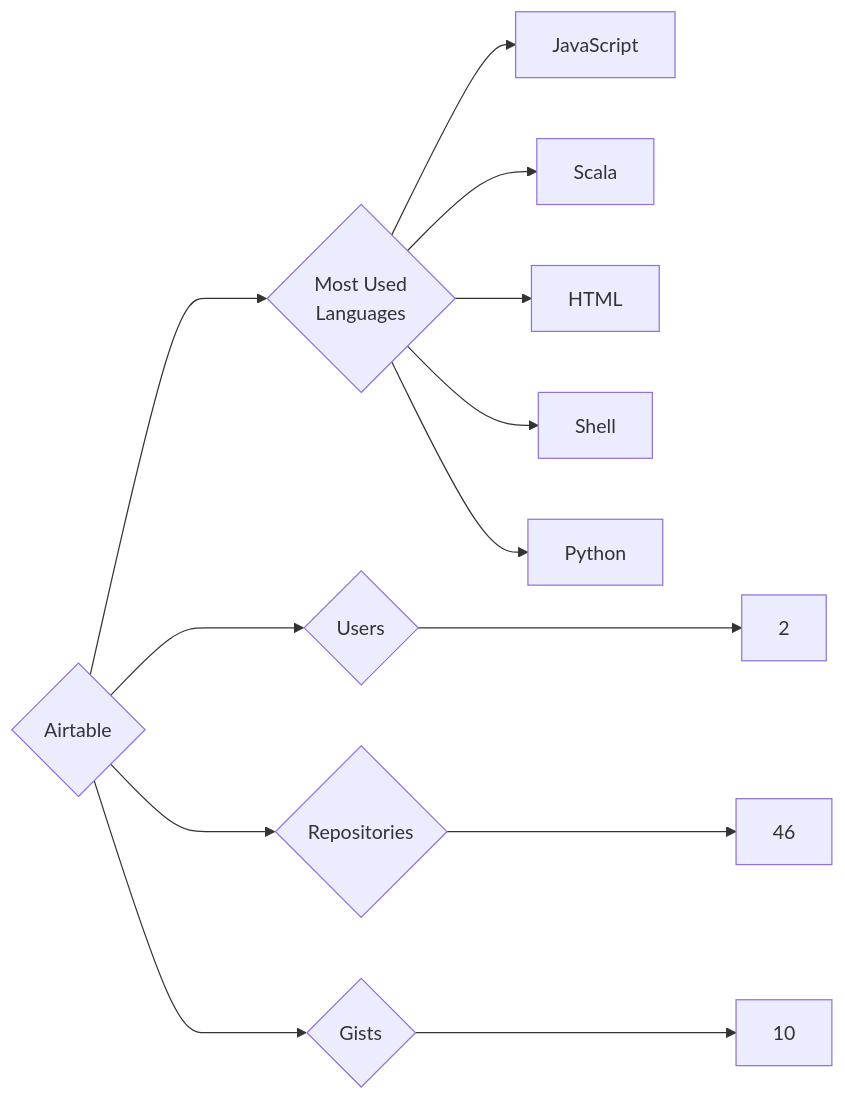
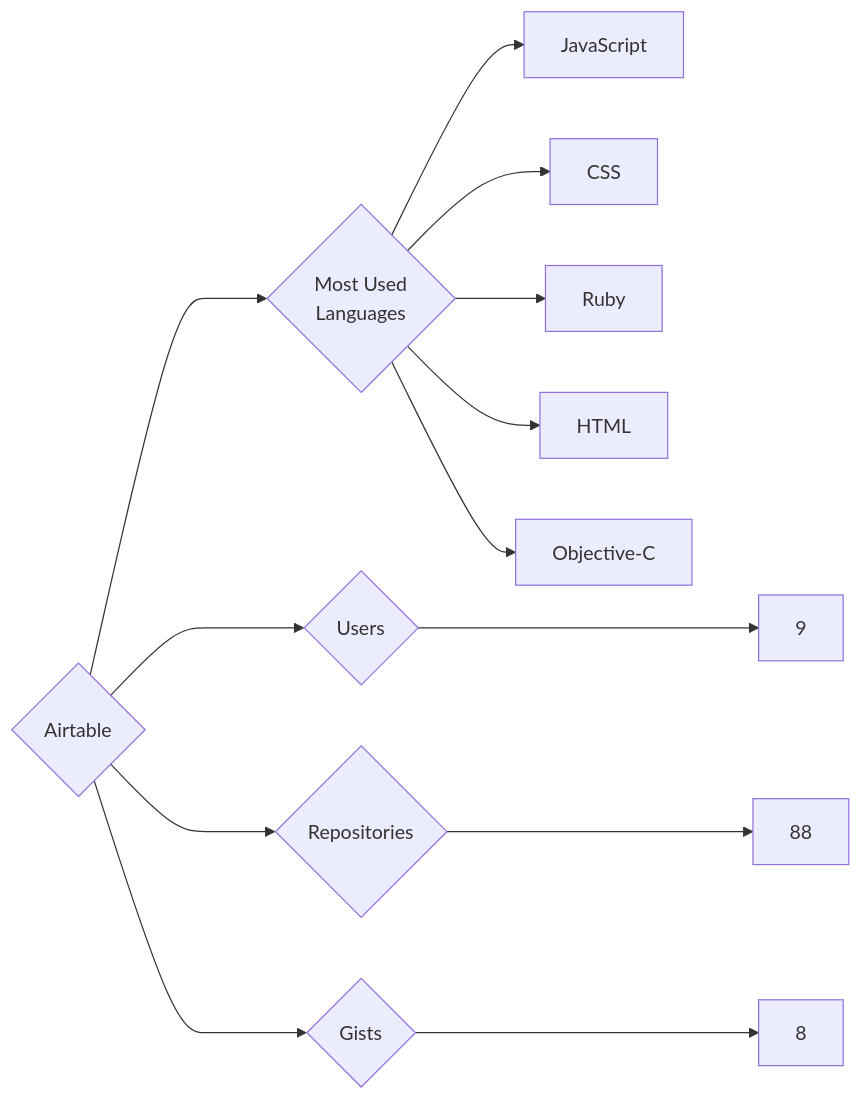
Before and after one commit to trickest/insiders: the diagram in targets/Airtable/README.md, drawn with Mermaid. The commit also changed 1167 other files, not shown here.

````diff
--- a/targets/Airtable/README.md
+++ b/targets/Airtable/README.md
@@ -3,13 +3,13 @@
 ```mermaid
 graph LR
 COMPANY_NAME{Airtable}
-COMPANY_NAME ---> U{Users} ---> UN[2]
-COMPANY_NAME ---> R{Repositories} ---> RN[46]
-COMPANY_NAME ---> G{Gists} ---> GN[10]
+COMPANY_NAME ---> U{Users} ---> UN[9]
+COMPANY_NAME ---> R{Repositories} ---> RN[88]
+COMPANY_NAME ---> G{Gists} ---> GN[8]
 COMPANY_NAME ---> ML{Most Used<br>Languages}
 ML --> JavaScript[JavaScript]
-ML --> Scala[Scala]
+ML --> CSS[CSS]
+ML --> Ruby[Ruby]
 ML --> HTML[HTML]
-ML --> Shell[Shell]
-ML --> Python[Python]
+ML --> Objective-C[Objective-C]
 ```
````
